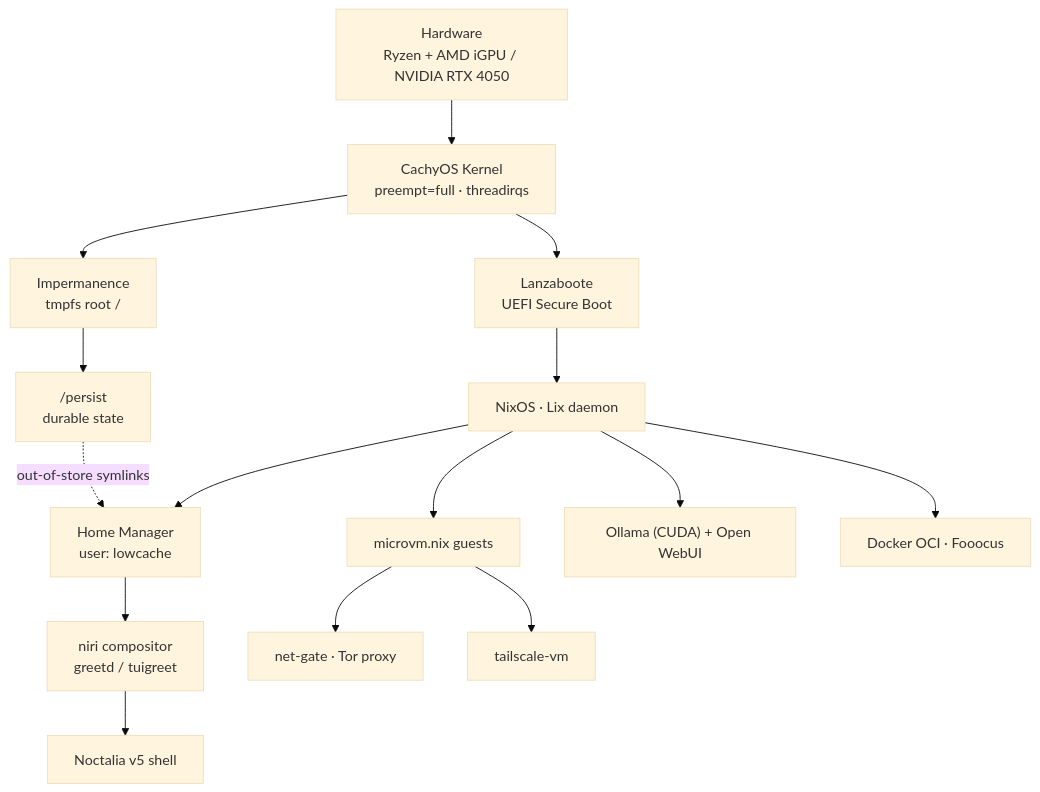
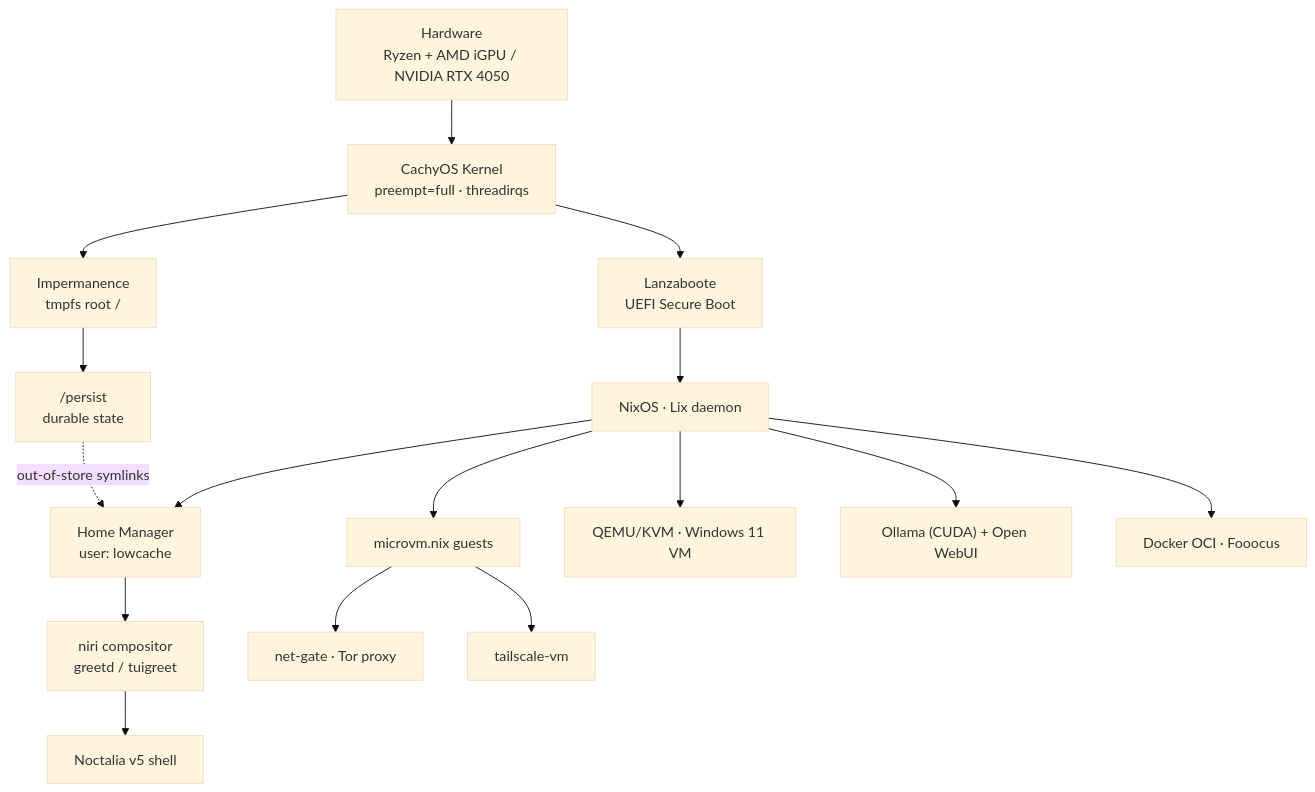
Before and after one commit to lowcache/infernalnixos: the diagram in docs/architecture/index.md, drawn with Mermaid (base theme). The commit also changed other lines of this file and 36 other files, not shown here.

````diff
--- a/docs/architecture/index.md
+++ b/docs/architecture/index.md
@@ -7,17 +7,18 @@
 ```mermaid
 graph TD
     HW["Hardware<br/>Ryzen + AMD iGPU / NVIDIA RTX 4050"] --> K["CachyOS Kernel<br/>preempt=full · threadirqs"]
     K --> LB["Lanzaboote<br/>UEFI Secure Boot"]
     K --> IMP["Impermanence<br/>tmpfs root /"]
     IMP --> P["/persist<br/>durable state"]
     LB --> NIX["NixOS · Lix daemon"]
     NIX --> HM["Home Manager<br/>user: lowcache"]
     HM --> NIRI["niri compositor<br/>greetd / tuigreet"]
     NIRI --> NOCT["Noctalia v5 shell"]
     NIX --> VM["microvm.nix guests"]
     VM --> TOR["net-gate · Tor proxy"]
     VM --> TS["tailscale-vm"]
+    NIX --> WIN["QEMU/KVM · Windows 11 VM"]
     NIX --> AI["Ollama (CUDA) + Open WebUI"]
     NIX --> DK["Docker OCI · Fooocus"]
     P -. out-of-store symlinks .-> HM
 ```
````
